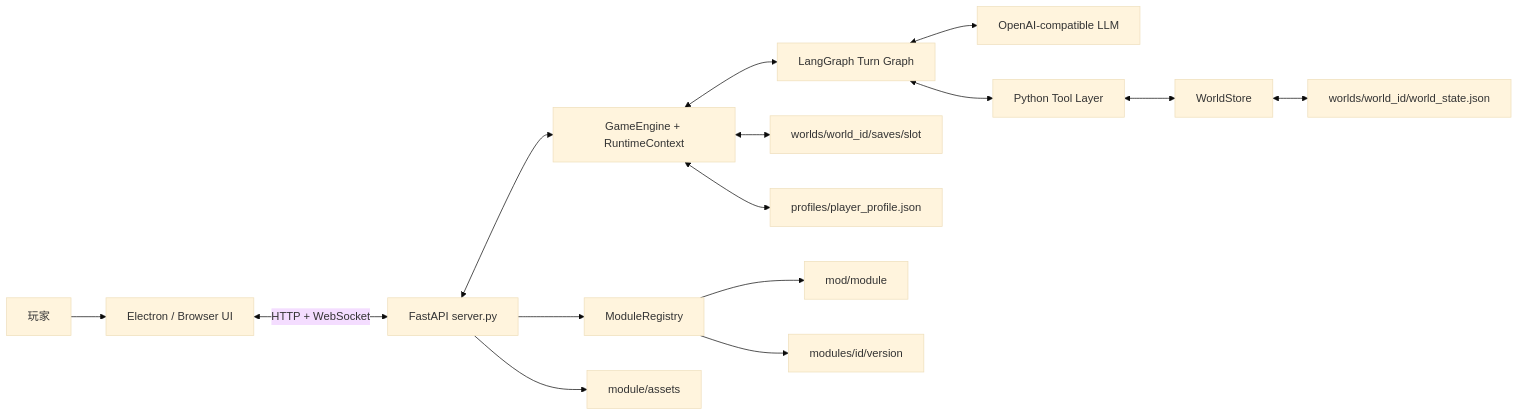
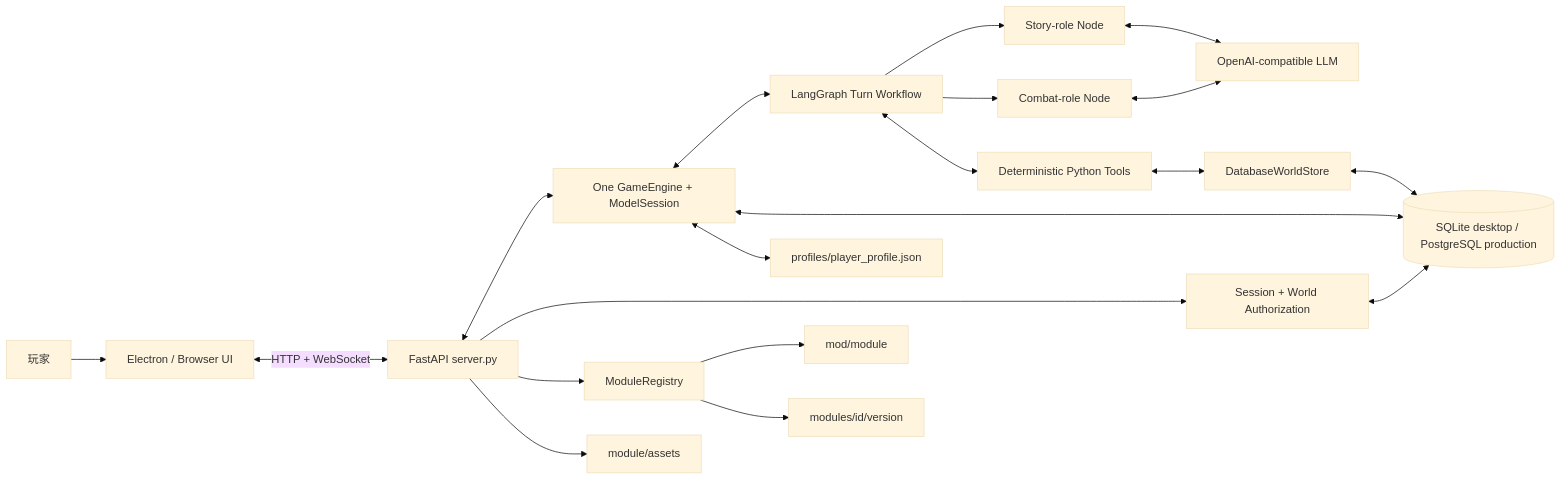
Before and after one commit to Inaglyite/TRPG-Master: the first of 4 diagrams in docs/ARCHITECTURE.md, drawn with Mermaid (base theme). The commit also changed other lines of this file and 35 other files, not shown here.

````diff
--- a/docs/ARCHITECTURE.md
+++ b/docs/ARCHITECTURE.md
@@ -32,17 +32,22 @@
 ```mermaid
 flowchart LR
     Player[玩家] --> UI[Electron / Browser UI]
     UI <--> |HTTP + WebSocket| Server[FastAPI server.py]
-    Server <--> Engine[GameEngine + RuntimeContext]
-    Engine <--> Graph[LangGraph Turn Graph]
-    Graph <--> LLM[OpenAI-compatible LLM]
-    Graph <--> Tools[Python Tool Layer]
-    Tools <--> Store[WorldStore]
-    Store <--> State[worlds/world_id/world_state.json]
-    Engine <--> Saves[worlds/world_id/saves/slot]
+    Server <--> Engine[One GameEngine + ModelSession]
+    Engine <--> Graph[LangGraph Turn Workflow]
+    Graph --> Story[Story-role Node]
+    Graph --> Combat[Combat-role Node]
+    Story <--> LLM[OpenAI-compatible LLM]
+    Combat <--> LLM
+    Graph <--> Tools[Deterministic Python Tools]
+    Tools <--> Store[DatabaseWorldStore]
+    Store <--> DB[(SQLite desktop / PostgreSQL production)]
+    Engine <--> DB
+    Server --> Auth[Session + World Authorization]
+    Auth <--> DB
     Engine <--> Profile[profiles/player_profile.json]
     Server --> Registry[ModuleRegistry]
     Registry --> Builtin[mod/module]
     Registry --> UserModules[modules/id/version]
     Server --> Assets[module/assets]
 ```
````
